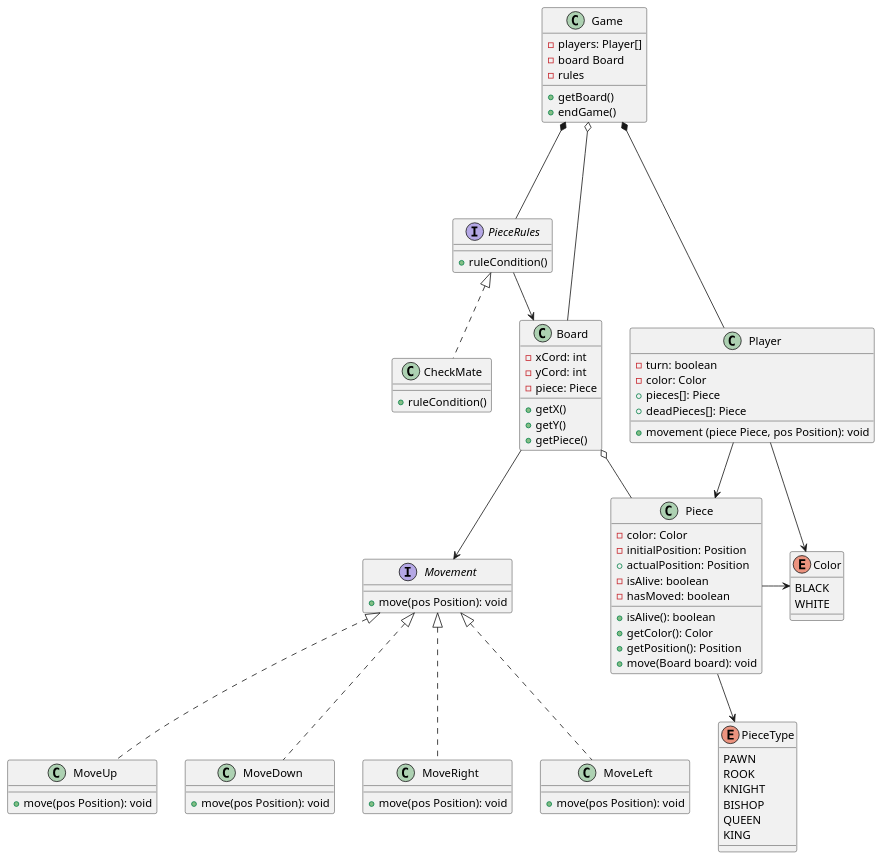
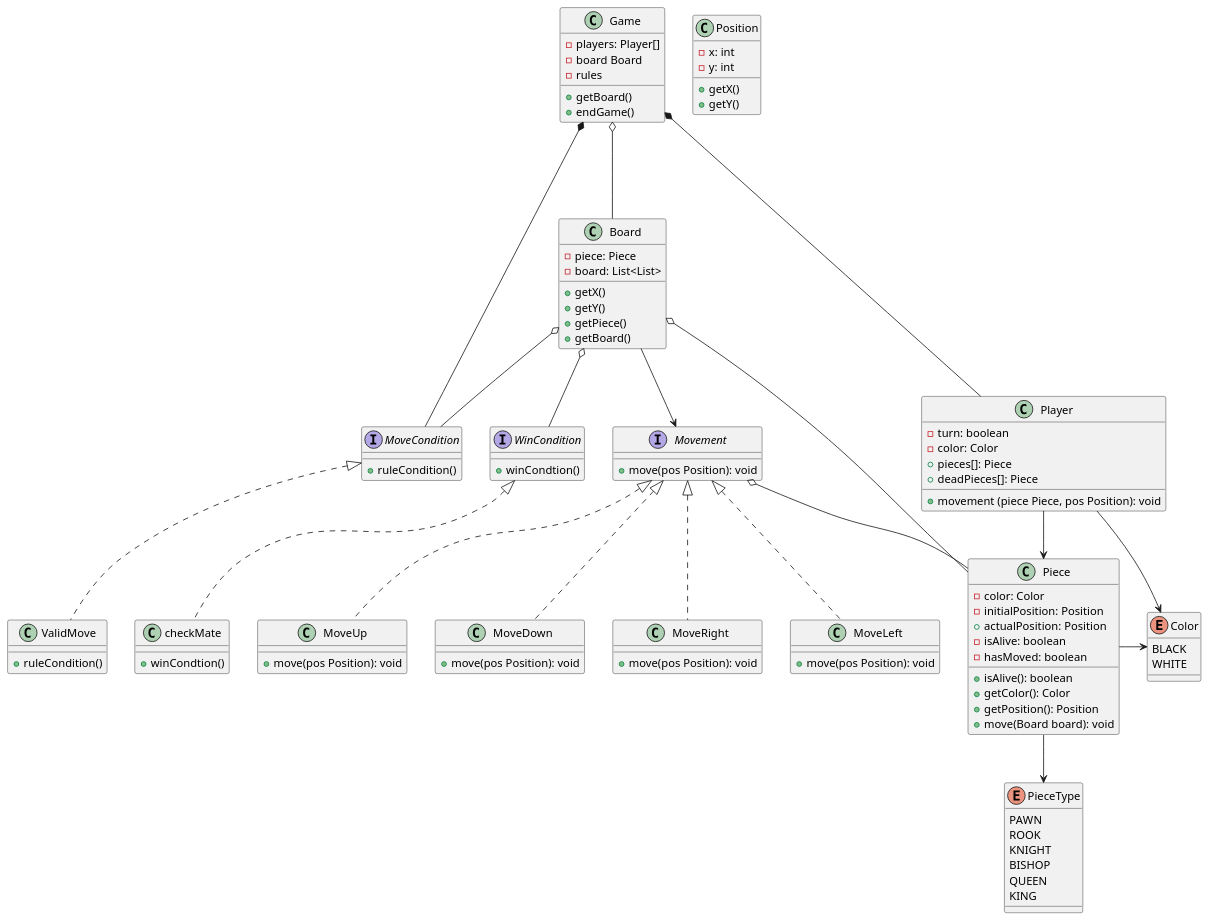
One commit to GermanoFelipe/Chess-game changed the diagram in engine/src/diagramas/Chess.puml. Above: the diagram before and after it, drawn with PlantUML. The commit also changed 9 other files, not shown here.

```diff
--- a/engine/src/diagramas/Chess.puml
+++ b/engine/src/diagramas/Chess.puml
@@ -1,96 +1,112 @@
 @startuml
 'https://plantuml.com/class-diagram
 
 class Game{
         - players: Player[]
         - board Board
         - rules
         + getBoard()
         + endGame()
 }
 
-interface PieceRules{
+interface MoveCondition{
         + ruleCondition()
 }
 
-class CheckMate implements PieceRules{
+interface WinCondition{
+        + winCondtion()
+}
+
+class checkMate implements WinCondition{
+        + winCondtion()
+}
+
+class ValidMove implements MoveCondition{
         + ruleCondition()
 }
 
 class Piece{
         - color: Color
         - initialPosition: Position
         + actualPosition: Position
         - isAlive: boolean
         - hasMoved: boolean
         + isAlive(): boolean
         + getColor(): Color
         + getPosition(): Position
         + move(Board board): void
 }
 
 class Board {
-        - xCord: int
-        - yCord: int
         - piece: Piece
+        - board: List<List>
         + getX()
         + getY()
         + getPiece()
+        + getBoard()
 }
 
 class Player {
         - turn: boolean
         - color: Color
         + pieces[]: Piece
         + deadPieces[]: Piece
         + movement (piece Piece, pos Position): void
 }
 
 Enum Color {
         BLACK
         WHITE
 }
 
 Enum PieceType  {
         PAWN
         ROOK
         KNIGHT
         BISHOP
         QUEEN
         KING
 }
 
 
 interface Movement {
         + move(pos Position): void
-
 }
 
 class MoveUp implements Movement{
         + move(pos Position): void
 }
 
 class MoveDown implements Movement{
         + move(pos Position): void
 }
 
 class MoveRight implements Movement{
         + move(pos Position): void
 }
 
 class MoveLeft implements Movement{
         + move(pos Position): void
 }
 
 
+class Position {
+        - x: int
+        - y: int
+        + getX()
+        + getY()
+}
+
 Player --> Color
 Board --> Movement
-PieceRules--> Board
+Board o-- MoveCondition
 Player --> Piece
 Board o-- Piece
+Movement o-- Piece
 Piece -> Color
-Game *--- PieceRules
+Game *--- MoveCondition
 Game *--- Player
 Game o--- Board
 Piece --> PieceType
+Board o-- WinCondition
 @enduml
```
